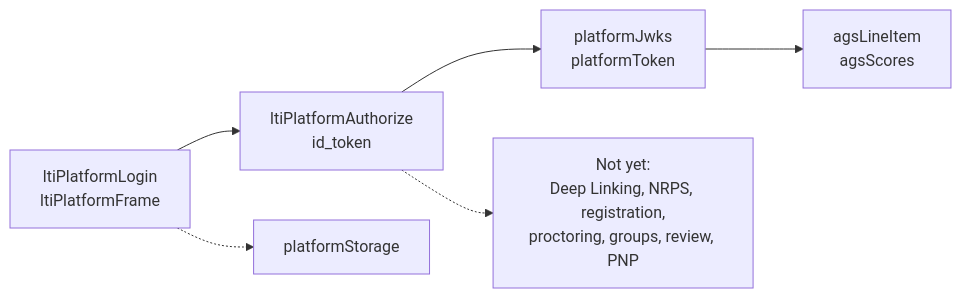
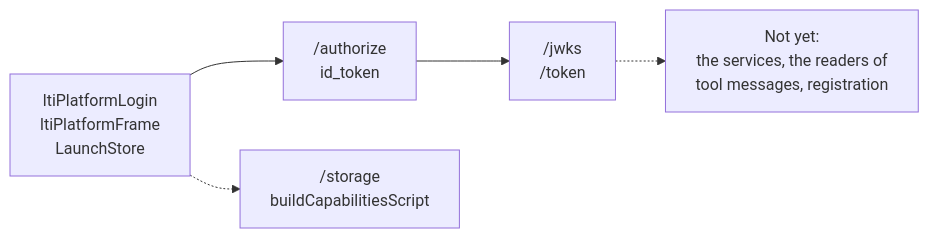
The second of 2 diagrams in docs/tool-integration/supported.md (interopkit/interopkit), drawn with Mermaid before and after one commit. The commit also changed other lines of this file and 59 other files, not shown here.

First line of the commit message:
Launch tools from a message that the platform keeps: a LaunchStore, four message types, one router and the authentication error response

````diff
--- a/docs/tool-integration/supported.md
+++ b/docs/tool-integration/supported.md
@@ -51,8 +51,7 @@
 ```mermaid
 flowchart LR
-  login["ltiPlatformLogin<br/>ltiPlatformFrame"] --> authorize["ltiPlatformAuthorize<br/>id_token"]
-  authorize --> token["platformJwks<br/>platformToken"]
-  token --> ags["agsLineItem<br/>agsScores"]
-  login -.-> storage["platformStorage"]
-  authorize -.-> missing["Not yet:<br/>Deep Linking, NRPS, registration,<br/>proctoring, groups, review, PNP"]
+  login["ltiPlatformLogin<br/>ltiPlatformFrame<br/>LaunchStore"] --> authorize["/authorize<br/>id_token"]
+  authorize --> token["/jwks<br/>/token"]
+  login -.-> storage["/storage<br/>buildCapabilitiesScript"]
+  token -.-> missing["Not yet:<br/>the services, the readers of<br/>tool messages, registration"]
 ```
````
